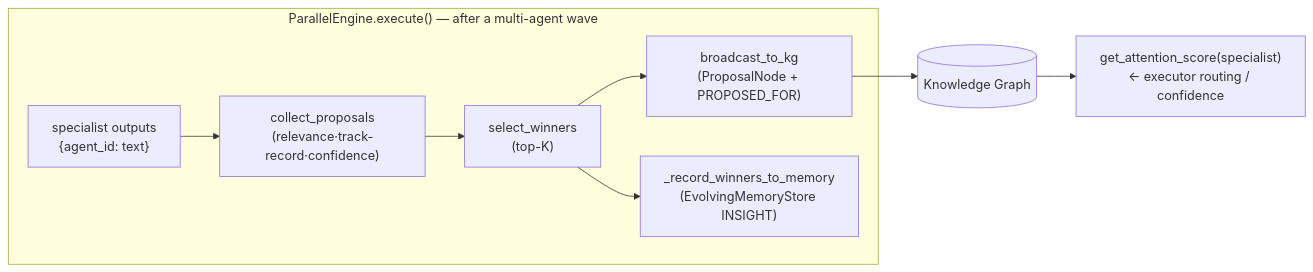
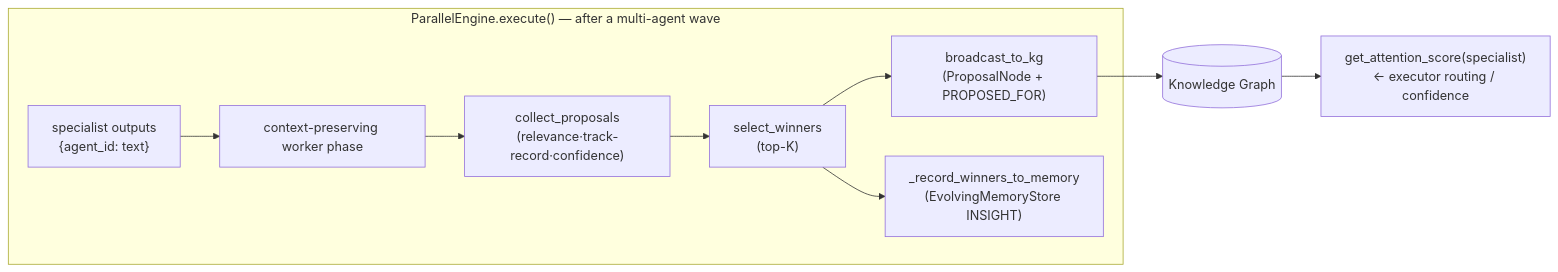
One commit to Knuckles-Team/agent-utilities changed the diagram in docs/architecture/global_workspace_attention.md. Above: the diagram before and after it, drawn with Mermaid. The commit also changed other lines of this file and 9 other files, not shown here.

Commit message:
fix(workflows): isolate compile and parallel graph phases

````diff
--- a/docs/architecture/global_workspace_attention.md
+++ b/docs/architecture/global_workspace_attention.md
@@ -19,11 +19,12 @@
 ```mermaid
 flowchart LR
     subgraph Wave["ParallelEngine.execute() — after a multi-agent wave"]
-        O["specialist outputs<br/>{agent_id: text}"] --> CP["collect_proposals<br/>(relevance·track-record·confidence)"]
+        O["specialist outputs<br/>{agent_id: text}"] --> W["context-preserving worker phase"]
+        W --> CP["collect_proposals<br/>(relevance·track-record·confidence)"]
         CP --> SW["select_winners<br/>(top-K)"]
         SW --> BC["broadcast_to_kg<br/>(ProposalNode + PROPOSED_FOR)"]
         SW --> RM["_record_winners_to_memory<br/>(EvolvingMemoryStore INSIGHT)"]
     end
     BC --> KG[("Knowledge Graph")]
     KG --> GAS["get_attention_score(specialist)<br/>← executor routing / confidence"]
 ```
````
